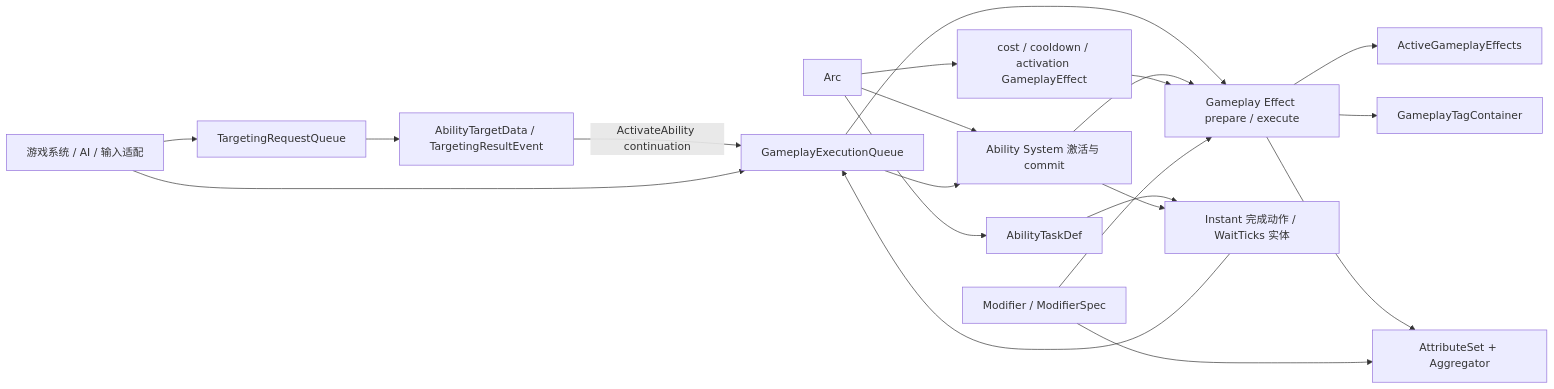
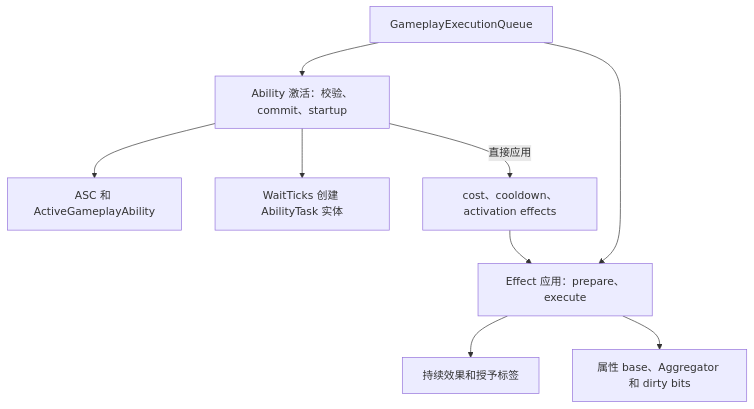
Before and after one commit to JiLingXiaoBai/bevy_gas: the third of 3 diagrams in docs/01-overview.md, drawn with Mermaid. The commit also changed other lines of this file, not shown here.

Commit message:
docs: improve overview Mermaid compatibility

````diff
--- a/docs/01-overview.md
+++ b/docs/01-overview.md
@@ -58,25 +108,20 @@
 ```mermaid
-flowchart LR
-    Game["游戏系统 / AI / 输入适配"] --> TargetQueue["TargetingRequestQueue"]
-    TargetQueue --> TargetData["AbilityTargetData / TargetingResultEvent"]
-    TargetData -- "ActivateAbility continuation" --> ExecQueue["GameplayExecutionQueue"]
-    Game --> ExecQueue
+flowchart TB
+    Execution["GameplayExecutionQueue"]
+    AbilityRuntime["Ability 激活：校验、commit、startup"]
+    EffectRuntime["Effect 应用：prepare、execute"]
+    AbilityState["ASC 和 ActiveGameplayAbility"]
+    WaitTask["WaitTicks 创建 AbilityTask 实体"]
+    AbilityEffects["cost、cooldown、activation effects"]
+    EffectLifetime["持续效果和授予标签"]
+    AttributeState["属性 base、Aggregator 和 dirty bits"]
 
-    AbilityDef["Arc<GameplayAbility>"] --> AbilityRuntime["Ability System 激活与 commit"]
-    AbilityDef --> TaskDef["AbilityTaskDef"]
-    AbilityDef --> EffectDef["cost / cooldown / activation GameplayEffect"]
-
-    ExecQueue --> AbilityRuntime
-    ExecQueue --> EffectRuntime["Gameplay Effect prepare / execute"]
-    TaskDef --> TaskRuntime["Instant 完成动作 / WaitTicks 实体"]
-    TaskRuntime --> ExecQueue
-    AbilityRuntime --> TaskRuntime
-    AbilityRuntime --> EffectRuntime
-    EffectDef --> EffectRuntime
-
-    EffectRuntime --> ActiveEffects["ActiveGameplayEffects"]
-    EffectRuntime --> Tags["GameplayTagContainer"]
-    EffectRuntime --> Attributes["AttributeSet + Aggregator"]
-    Modifiers["Modifier / ModifierSpec"] --> EffectRuntime
-    Modifiers --> Attributes
+    Execution --> AbilityRuntime
+    Execution --> EffectRuntime
+    AbilityRuntime --> AbilityState
+    AbilityRuntime --> WaitTask
+    AbilityRuntime -- "直接应用" --> AbilityEffects
+    AbilityEffects --> EffectRuntime
+    EffectRuntime --> EffectLifetime
+    EffectRuntime --> AttributeState
 ```
````
